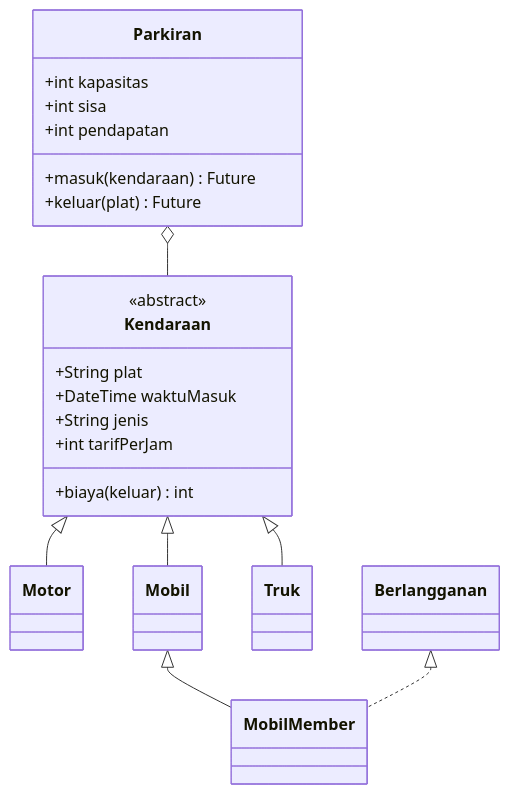
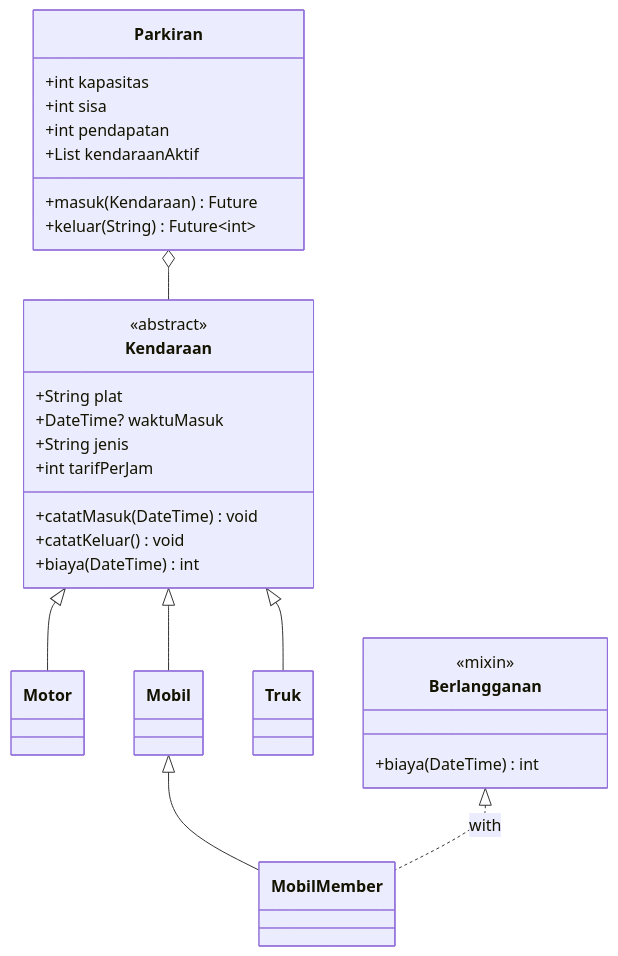
The diagram in README.md (micaelsaragih/pm-tugas-04-4243250056), drawn with Mermaid before and after one commit. The commit also changed other lines of this file and 7 other files, not shown here.

````diff
--- a/README.md
+++ b/README.md
@@ -28,24 +32,31 @@
 ```mermaid
 classDiagram
   class Kendaraan {
     <<abstract>>
     +String plat
-    +DateTime waktuMasuk
+    +DateTime? waktuMasuk
     +String jenis
     +int tarifPerJam
-    +biaya(keluar) int
+    +catatMasuk(DateTime) void
+    +catatKeluar() void
+    +biaya(DateTime) int
   }
   Kendaraan <|-- Motor
   Kendaraan <|-- Mobil
   Kendaraan <|-- Truk
   Mobil <|-- MobilMember
-  Berlangganan <|.. MobilMember
+  Berlangganan <|.. MobilMember : with
   Parkiran o-- Kendaraan
   class Parkiran {
     +int kapasitas
     +int sisa
     +int pendapatan
-    +masuk(kendaraan) Future
-    +keluar(plat) Future
+    +List kendaraanAktif
+    +masuk(Kendaraan) Future
+    +keluar(String) Future~int~
+  }
+  class Berlangganan {
+    <<mixin>>
+    +biaya(DateTime) int
   }
 ```
````
